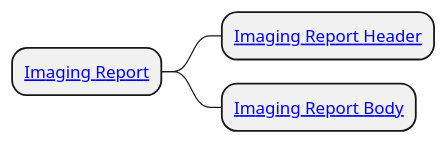
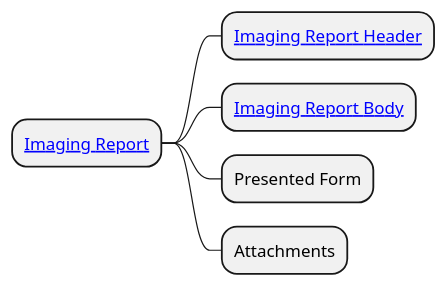
The diagram in input/images-source/imgReport_CIM.plantuml (HL7-cz/img), drawn with PlantUML before and after one commit. The commit also changed 9 other files, not shown here.

```diff
--- a/input/images-source/imgReport_CIM.plantuml
+++ b/input/images-source/imgReport_CIM.plantuml
@@ -1,10 +1,12 @@
 @startmindmap
 skinparam topurl StructureDefinition-
 
 * [[ImagingReportCz.html Imaging Report]]
 ** [[HeaderImagingReportCz.html Imaging Report Header]]
 ** [[BodyImagingReportCz.html Imaging Report Body]]
+** Presented Form
+** Attachments
 '** Link to Related Report
 '** Media
 '** Dicom Metadata
 @endmindmap
```
